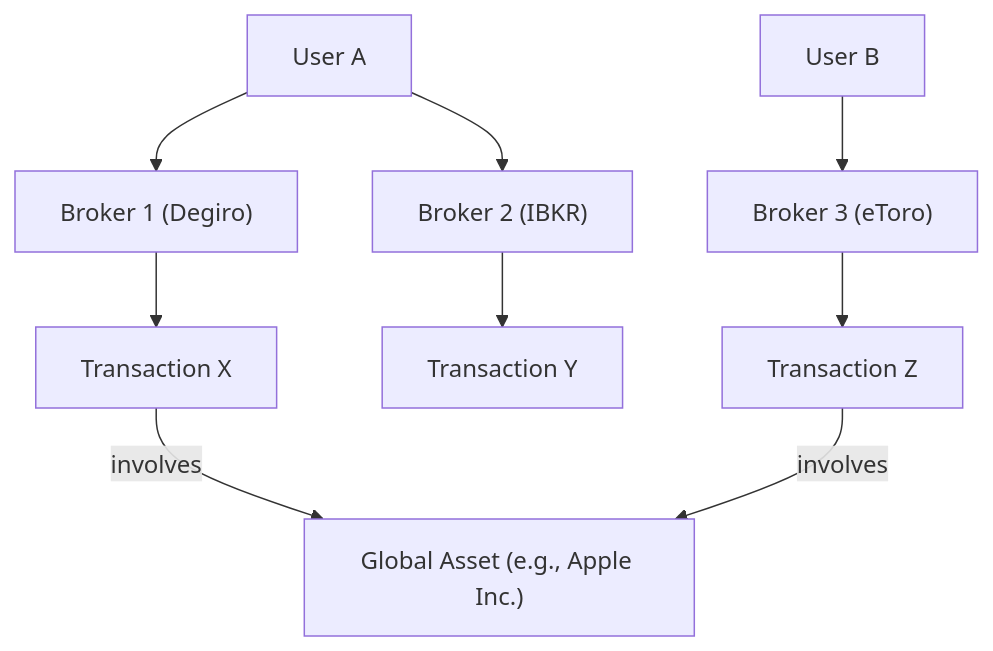
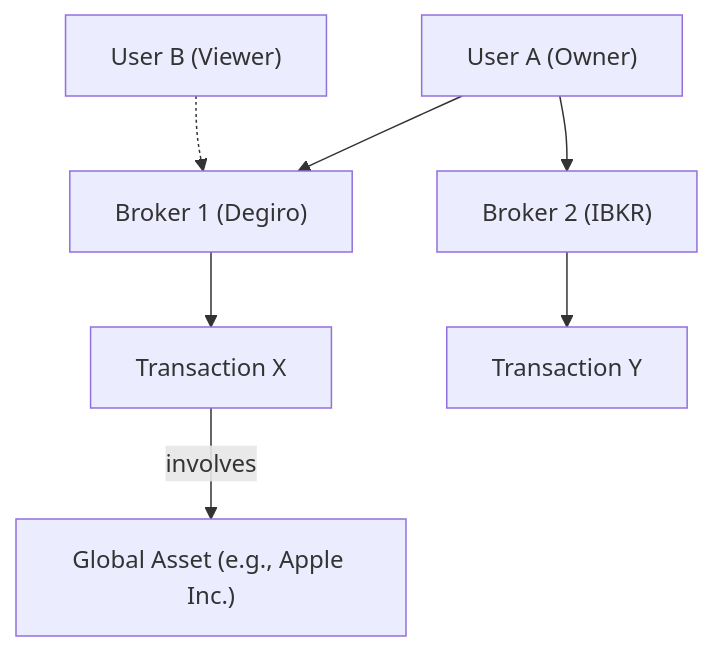
Before and after one commit to Librefolio/LibreFolio: the diagram in mkdocs_src/docs/developer/architecture/users_and_brokers.md, drawn with Mermaid. The commit also changed other lines of this file and 16 other files, not shown here.

````diff
--- a/mkdocs_src/docs/developer/architecture/users_and_brokers.md
+++ b/mkdocs_src/docs/developer/architecture/users_and_brokers.md
@@ -33,14 +48,13 @@
 ```mermaid
 graph TD
-    UserA["User A"] --> BrokerA1["Broker 1 (Degiro)"]
+    UserA["User A (Owner)"] --> BrokerA1["Broker 1 (Degiro)"]
     UserA --> BrokerA2["Broker 2 (IBKR)"]
+    
+    UserB["User B (Viewer)"] -.-> BrokerA1
+    
     BrokerA1 --> TxA1["Transaction X"]
     BrokerA2 --> TxA2["Transaction Y"]
 
-    UserB["User B"] --> BrokerB1["Broker 3 (eToro)"]
-    BrokerB1 --> TxB1["Transaction Z"]
-
     Asset["Global Asset (e.g., Apple Inc.)"]
     TxA1 -- "involves" --> Asset
-    TxB1 -- "involves" --> Asset
 ```
````
